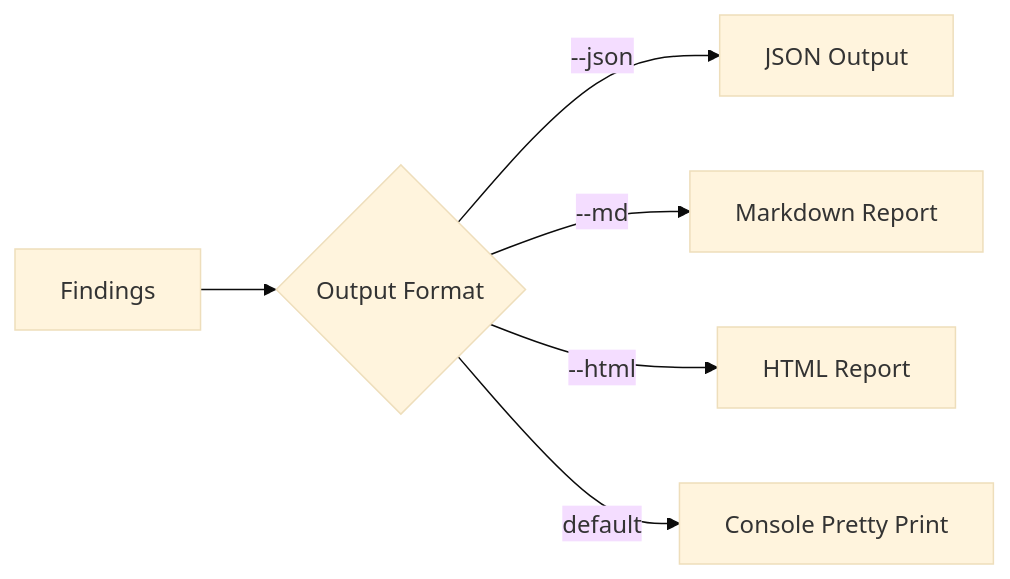
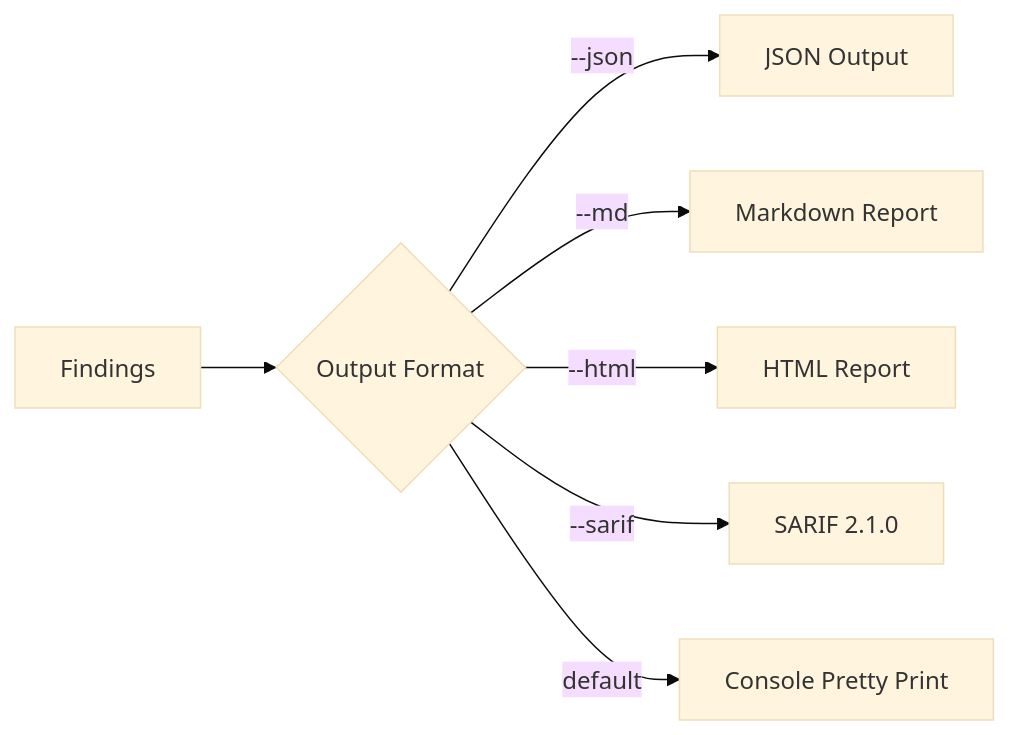
The fourth of 8 diagrams in docs/workflows.md (th13vn/w3goaudit), drawn with Mermaid (base theme) before and after one commit. The commit also changed other lines of this file and 141 other files, not shown here.

````diff
--- a/docs/workflows.md
+++ b/docs/workflows.md
@@ -153,8 +166,9 @@
 ```mermaid
 graph LR
     A[Findings] --> B{Output Format}
     B -->|--json| C[JSON Output]
     B -->|--md| D[Markdown Report]
     B -->|--html| E[HTML Report]
+    B -->|--sarif| G[SARIF 2.1.0]
     B -->|default| F[Console Pretty Print]
 ```
````
